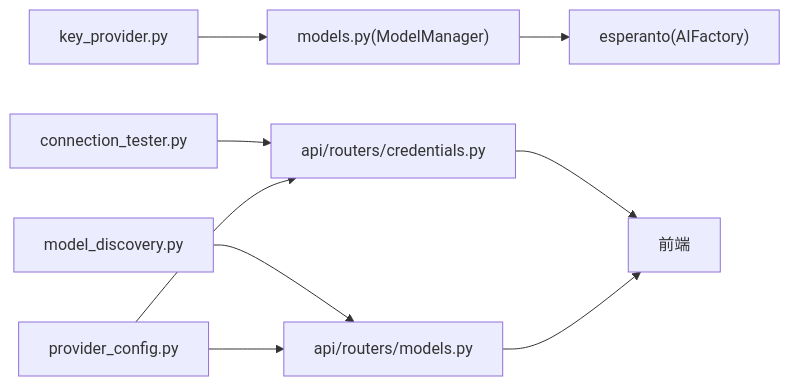
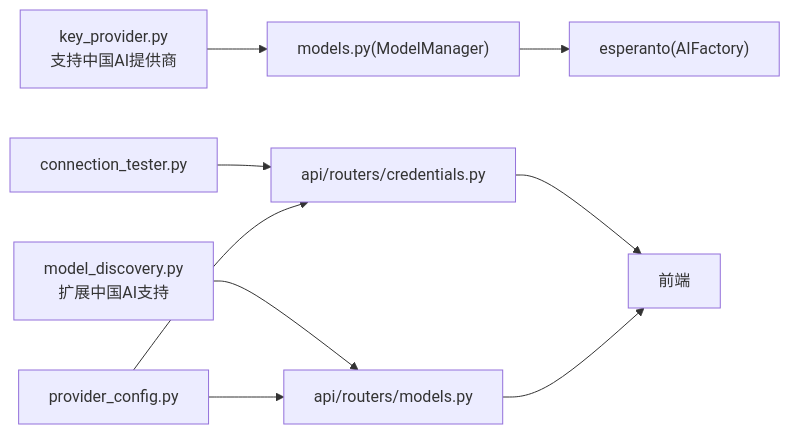
The ninth of 9 diagrams in .qoder/repowiki/zh/content/AI提供商配置/提供商管理与切换.md (jackeyunjie/open-notebook), drawn with Mermaid before and after one commit. The commit also changed other lines of this file and 89 other files, not shown here.

````diff
--- a/.qoder/repowiki/zh/content/AI提供商配置/提供商管理与切换.md
+++ b/.qoder/repowiki/zh/content/AI提供商配置/提供商管理与切换.md
@@ -346,11 +436,11 @@
 ```mermaid
 graph LR
-KP["key_provider.py"] --> MM["models.py(ModelManager)"]
+KP["key_provider.py<br/>支持中国AI提供商"] --> MM["models.py(ModelManager)"]
 MM --> MF["esperanto(AIFactory)"]
-MD["model_discovery.py"] --> API2["api/routers/models.py"]
+MD["model_discovery.py<br/>扩展中国AI支持"] --> API2["api/routers/models.py"]
 CT["connection_tester.py"] --> API1["api/routers/credentials.py"]
 PC["provider_config.py"] --> API1
 PC --> API2
 API1 --> FE["前端"]
 API2 --> FE
 ```
````
